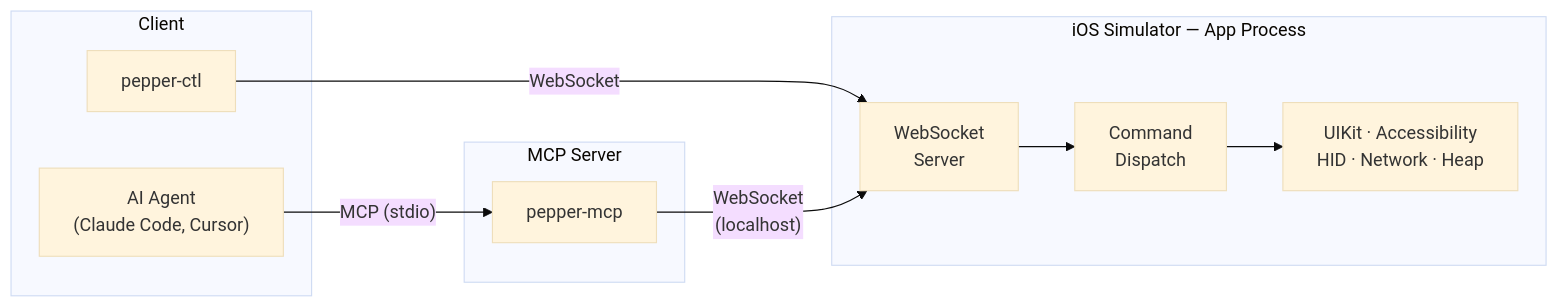
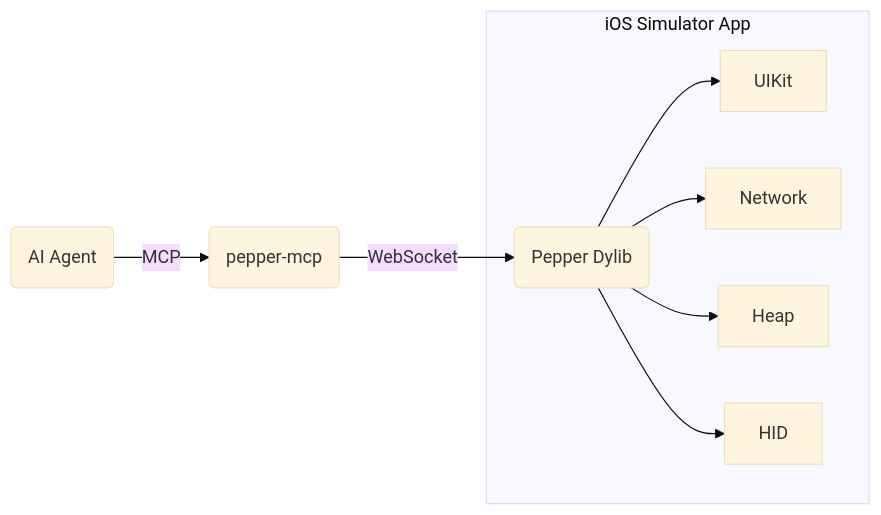
Before and after one commit to skwallace36/Pepper: the diagram in README.md, drawn with Mermaid (base theme). The commit also changed other lines of this file, not shown here.

Commit message:
Simplify README: compact tool list, minimal architecture diagram (#437)

````diff
--- a/README.md
+++ b/README.md
@@ -41,23 +41,8 @@
 ```mermaid
 flowchart LR
-    subgraph Client
-        AI["AI Agent\n(Claude Code, Cursor)"]
-        CLI["pepper-ctl"]
+    AI(AI Agent) -- MCP --> MCP_S(pepper-mcp) -- WebSocket --> Dylib
+
+    subgraph Simulator["iOS Simulator App"]
+        Dylib(Pepper Dylib) --> UIKit & Network & Heap & HID
     end
-
-    subgraph Host["MCP Server"]
-        MCP["pepper-mcp"]
-    end
-
-    subgraph Sim["iOS Simulator — App Process"]
-        WS["WebSocket\nServer"]
-        Dispatch["Command\nDispatch"]
-        Runtime["UIKit · Accessibility\nHID · Network · Heap"]
-    end
-
-    AI -- "MCP (stdio)" --> MCP
-    CLI -- "WebSocket" --> WS
-    MCP -- "WebSocket\n(localhost)" --> WS
-    WS --> Dispatch
-    Dispatch --> Runtime
 ```
````
